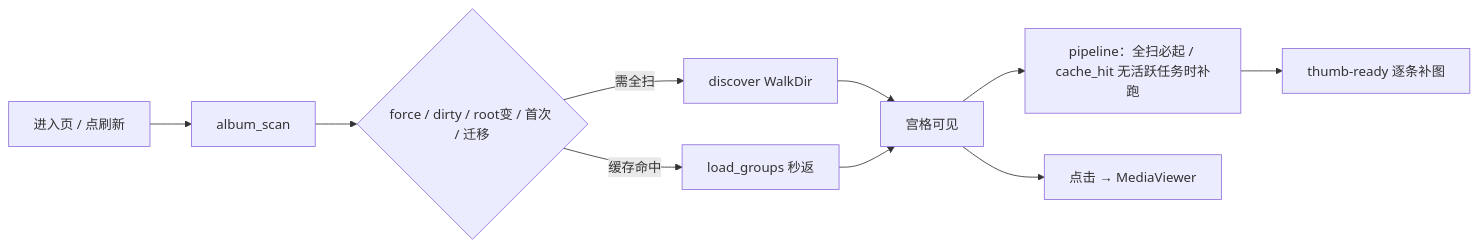
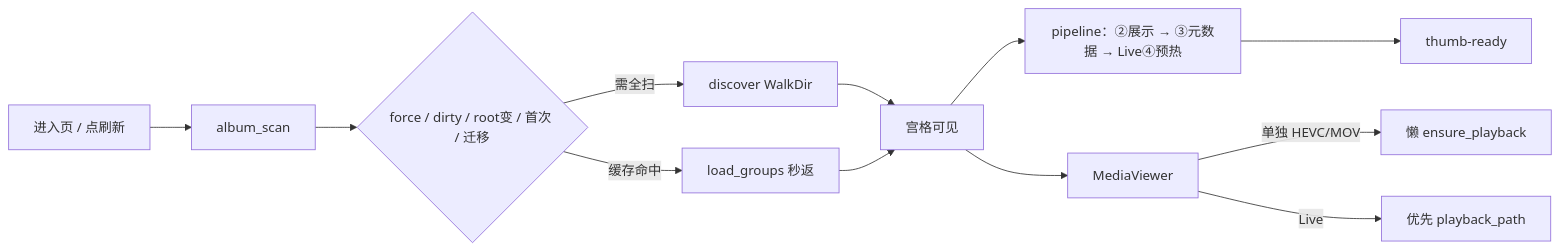
The diagram in apps/admin/src/views/album/loadingFlow.md (cz6c/ll-admin), drawn with Mermaid before and after one commit. The commit also changed other lines of this file and 20 other files, not shown here.

````diff
--- a/apps/admin/src/views/album/loadingFlow.md
+++ b/apps/admin/src/views/album/loadingFlow.md
@@ -16,12 +95,14 @@
 ```mermaid
 flowchart LR
   A[进入页 / 点刷新] --> B[album_scan]
   B --> C{force / dirty / root变 / 首次 / 迁移}
   C -->|需全扫| D[discover WalkDir]
   C -->|缓存命中| E[load_groups 秒返]
   D --> F[宫格可见]
   E --> F
-  F --> G[pipeline：全扫必起 / cache_hit 无活跃任务时补跑]
-  G --> H[thumb-ready 逐条补图]
-  F --> I[点击 → MediaViewer]
+  F --> G[pipeline：②展示 → ③元数据 → Live④预热]
+  G --> H[thumb-ready]
+  F --> I[MediaViewer]
+  I -->|单独 HEVC/MOV| J[懒 ensure_playback]
+  I -->|Live| K[优先 playback_path]
 ```
````
